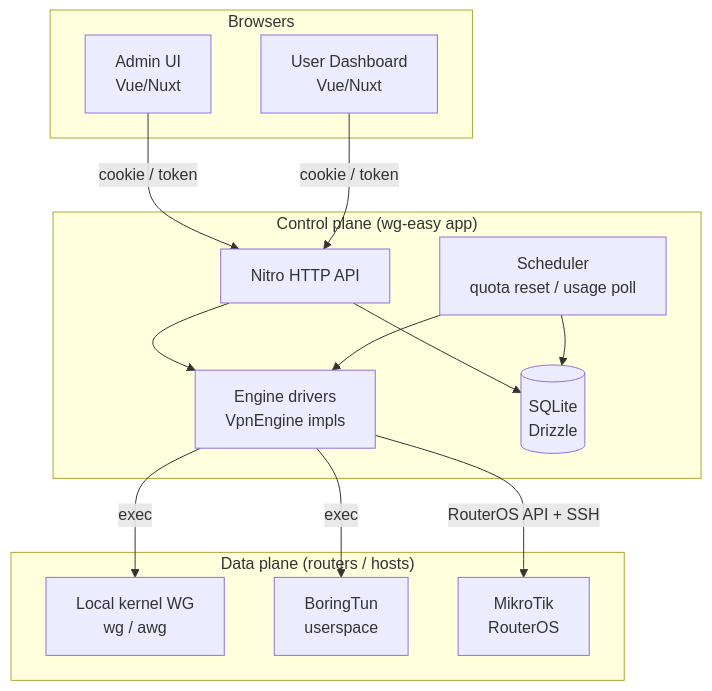
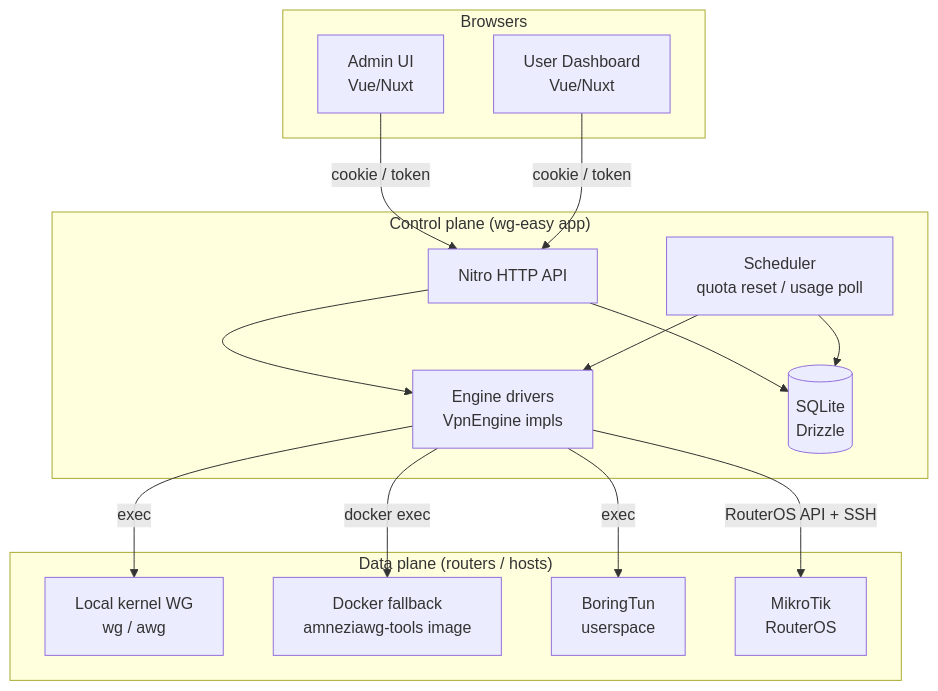
The first of 13 diagrams in docs/obsidian/architecture.md (manawenuz/wg-easy), drawn with Mermaid before and after one commit. The commit also changed other lines of this file and 143 other files, not shown here.

````diff
--- a/docs/obsidian/architecture.md
+++ b/docs/obsidian/architecture.md
@@ -27,30 +27,32 @@
 ```mermaid
 graph TD
     subgraph Browsers
         AdminUI[Admin UI<br/>Vue/Nuxt]
         UserUI[User Dashboard<br/>Vue/Nuxt]
     end
 
     subgraph "Control plane (wg-easy app)"
         API[Nitro HTTP API]
         Sched[Scheduler<br/>quota reset / usage poll]
         Engines[Engine drivers<br/>VpnEngine impls]
         DB[(SQLite<br/>Drizzle)]
     end
 
     subgraph "Data plane (routers / hosts)"
         Local[Local kernel WG<br/>wg / awg]
+        Docker[Docker fallback<br/>amneziawg-tools image]
         Boring[BoringTun<br/>userspace]
         MT[MikroTik<br/>RouterOS]
     end
 
     AdminUI -->|cookie / token| API
     UserUI -->|cookie / token| API
     API --> DB
     API --> Engines
     Sched --> DB
     Sched --> Engines
     Engines -->|exec| Local
+    Engines -->|docker exec| Docker
     Engines -->|exec| Boring
     Engines -->|RouterOS API + SSH| MT
 ```
````
